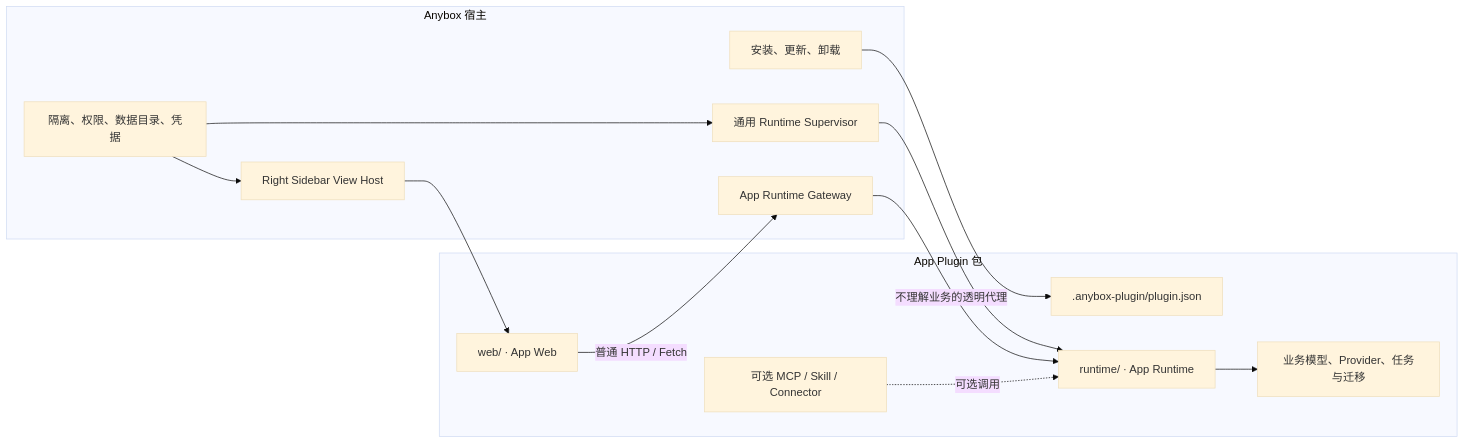
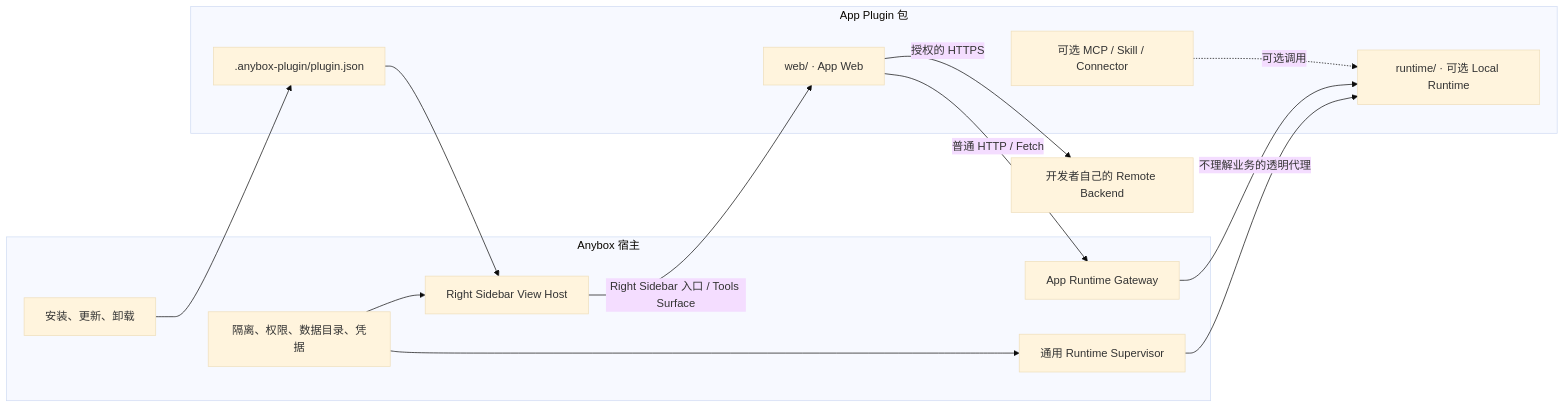
One commit to fanfan-de/anybox changed the first of 2 diagrams in docs/anybox-app-plugin-design.md. Above: the diagram before and after it, drawn with Mermaid (base theme). The commit also changed other lines of this file, not shown here.

Commit message:
Refine Anybox App Plugin architecture design

````diff
--- a/docs/anybox-app-plugin-design.md
+++ b/docs/anybox-app-plugin-design.md
@@ -77,28 +113,30 @@
 ```mermaid
 flowchart LR
   subgraph Package["App Plugin 包"]
     Manifest[".anybox-plugin/plugin.json"]
     Web["web/ · App Web"]
-    Runtime["runtime/ · App Runtime"]
-    Domain["业务模型、Provider、任务与迁移"]
+    Runtime["runtime/ · 可选 Local Runtime"]
     AgentExt["可选 MCP / Skill / Connector"]
-    Runtime --> Domain
     AgentExt -. 可选调用 .-> Runtime
   end
+
+  Remote["开发者自己的 Remote Backend"]
 
   subgraph Host["Anybox 宿主"]
     Installer["安装、更新、卸载"]
     ViewHost["Right Sidebar View Host"]
     Supervisor["通用 Runtime Supervisor"]
     Gateway["App Runtime Gateway"]
     Security["隔离、权限、数据目录、凭据"]
   end
 
   Installer --> Manifest
-  ViewHost --> Web
+  Manifest --> ViewHost
+  ViewHost -->|"Right Sidebar 入口 / Tools Surface"| Web
   Web -->|"普通 HTTP / Fetch"| Gateway
   Gateway -->|"不理解业务的透明代理"| Runtime
+  Web -->|"授权的 HTTPS"| Remote
   Supervisor --> Runtime
   Security --> ViewHost
   Security --> Supervisor
 ```
````
